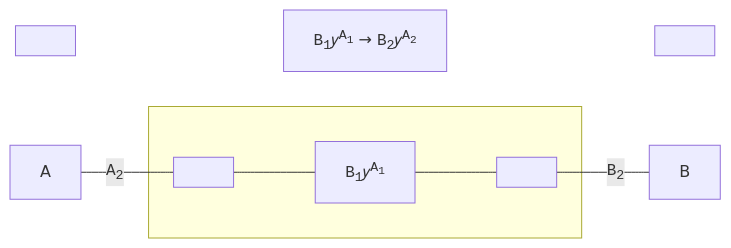
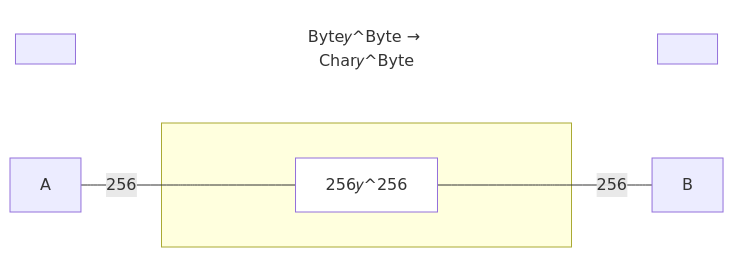
One commit to julianpeeters/polynomial changed the fourth of 4 diagrams in README.md. Above: the diagram before and after it, drawn with Mermaid. The commit also changed other lines of this file and 2 other files, not shown here.

Commit message:
Update README for github mermaid rendering

````diff
--- a/README.md
+++ b/README.md
@@ -136,12 +140,15 @@
 ```mermaid
 graph LR;
-  TitleStart[ ]:::hidden~~~~TitleBody[<span style="font-family:Courier">B<sub>1</sub></span>𝑦<sup><span style="font-family:Courier">A<sub>1</sub></span></sup> → <span style="font-family:Courier">B<sub>2</sub></span>𝑦<sup><span style="font-family:Courier">A<sub>2</sub></span></sup>]:::title~~~~TitleEnd[ ]:::hidden
-  A:::hidden---|<span style="font-family:Courier">A<sub>2</sub></span>|A2[ ]:::point
+  TitleStart[ ]:::hidden~~~~TitleBody[Byte𝑦^Byte → Char𝑦^Byte]:::title~~~~TitleEnd[ ]:::hidden
+  A:::hidden---|256|A2[ ]:::point
 subgraph s[ ]
   A2:::point---MermaidPMono
-  MermaidPMono[<span style="font-family:Courier">B<sub>1</sub></span>𝑦<sup><span style="font-family:Courier">A<sub>1</sub></span></sup>]:::empty
+  MermaidPMono[256𝑦^256]:::empty
   MermaidPMono---B2
 end
-B2[ ]:::point---|<span style="font-family:Courier">B<sub>2</sub></span>|B:::hidden;
+B2[ ]:::point---|256|B:::hidden;
 
+classDef empty fill:background;
+classDef point width:0px, height:0px;
+classDef title stroke-width:0px, fill:background;
 ```
````
